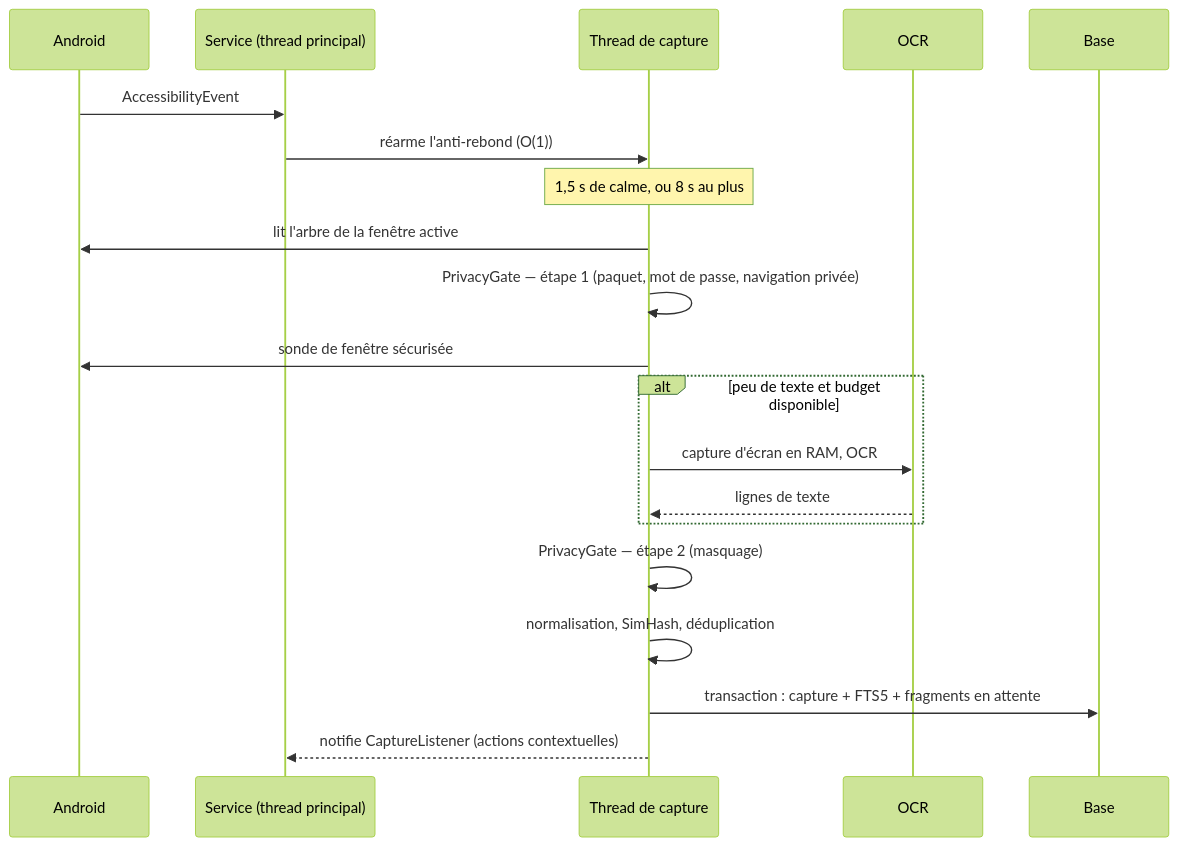
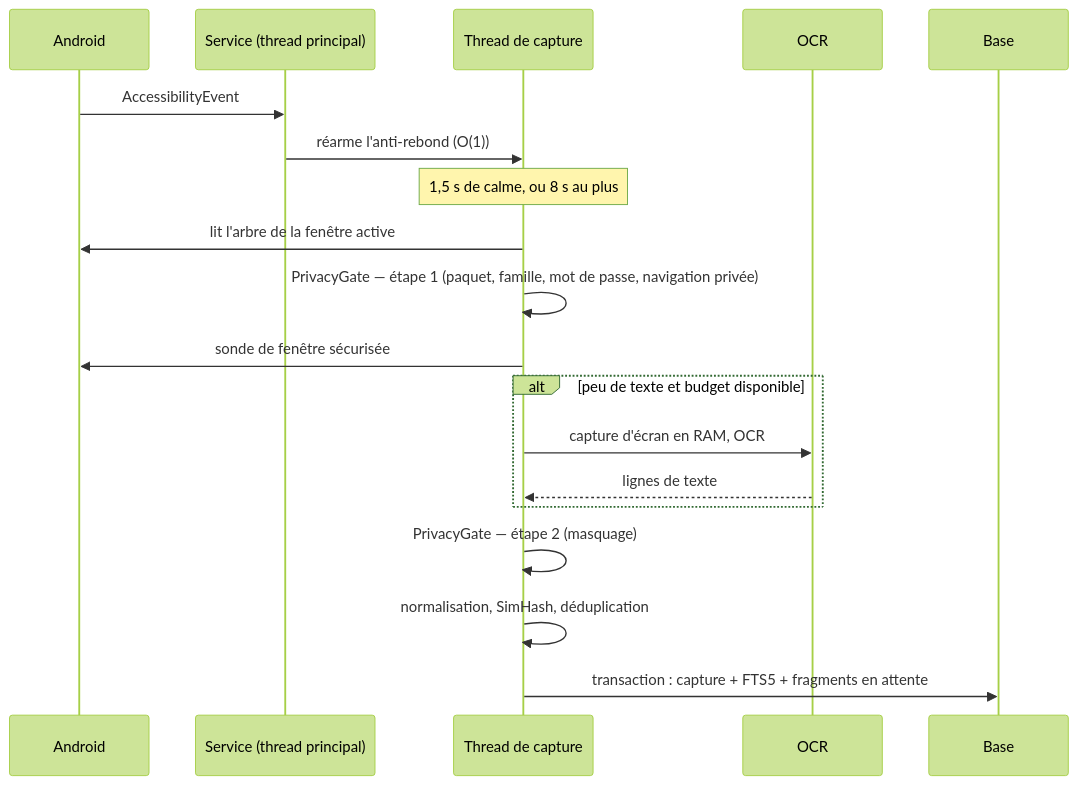
Before and after one commit to nathan33670-spec/Seekmind: the third of 4 diagrams in docs/03-architecture.md, drawn with Mermaid (forest theme). The commit also changed other lines of this file and 3 other files, not shown here.

First line of the commit message:
docs: update requirements and architecture for validated decisions

````diff
--- a/docs/03-architecture.md
+++ b/docs/03-architecture.md
@@ -129,22 +141,21 @@
 ```mermaid
 sequenceDiagram
   participant OS as Android
   participant S as Service (thread principal)
   participant C as Thread de capture
   participant O as OCR
   participant DB as Base
   OS->>S: AccessibilityEvent
   S->>C: réarme l'anti-rebond (O(1))
   Note over C: 1,5 s de calme, ou 8 s au plus
   C->>OS: lit l'arbre de la fenêtre active
-  C->>C: PrivacyGate — étape 1 (paquet, mot de passe, navigation privée)
+  C->>C: PrivacyGate — étape 1 (paquet, famille, mot de passe, navigation privée)
   C->>OS: sonde de fenêtre sécurisée
   alt peu de texte et budget disponible
     C->>O: capture d'écran en RAM, OCR
     O-->>C: lignes de texte
   end
   C->>C: PrivacyGate — étape 2 (masquage)
   C->>C: normalisation, SimHash, déduplication
   C->>DB: transaction : capture + FTS5 + fragments en attente
-  C-->>S: notifie CaptureListener (actions contextuelles)
 ```
````
